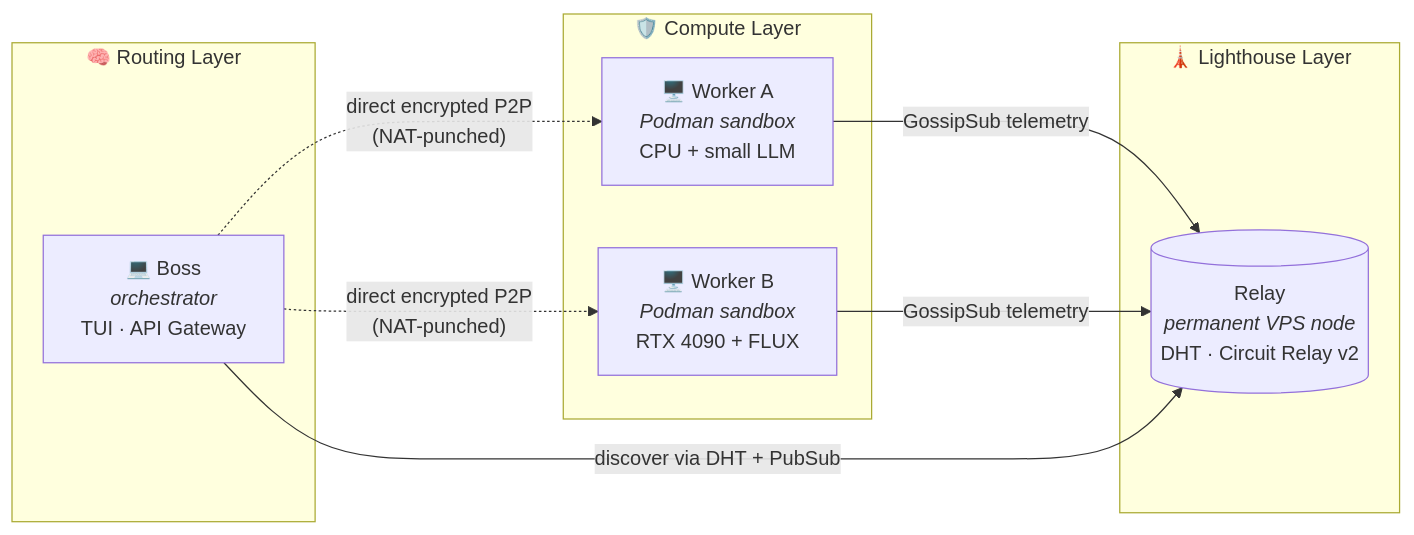
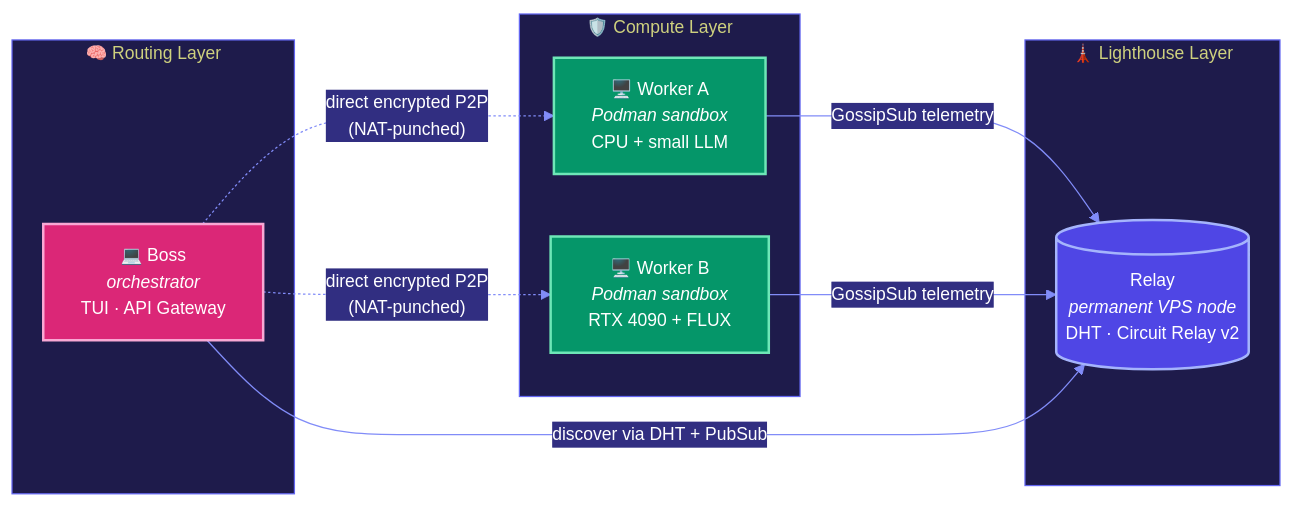
Before and after one commit to Agent-FM/agentfm-core: the diagram in README.md, drawn with Mermaid.

Commit message:
updated readme to fix for dark mode

````diff
--- a/README.md
+++ b/README.md
@@ -88,21 +88,41 @@
 ```mermaid
+%%{init: {'theme':'base', 'themeVariables': {
+  'primaryColor':'#4F46E5',
+  'primaryTextColor':'#FFFFFF',
+  'primaryBorderColor':'#A5B4FC',
+  'lineColor':'#818CF8',
+  'secondaryColor':'#6366F1',
+  'tertiaryColor':'#312E81',
+  'clusterBkg':'#1E1B4B',
+  'clusterBorder':'#6366F1',
+  'edgeLabelBackground':'#312E81',
+  'fontFamily':'ui-sans-serif, system-ui, sans-serif',
+  'fontSize':'14px'
+}}}%%
 flowchart LR
-    subgraph "🗼 Lighthouse Layer"
+    subgraph LIGHT["🗼 Lighthouse Layer"]
         R[("Relay<br/><i>permanent VPS node</i><br/>DHT · Circuit Relay v2")]
     end
 
-    subgraph "🧠 Routing Layer"
+    subgraph ROUTE["🧠 Routing Layer"]
         B["💻 Boss<br/><i>orchestrator</i><br/>TUI · API Gateway"]
     end
 
-    subgraph "🛡️ Compute Layer"
+    subgraph COMPUTE["🛡️ Compute Layer"]
         W1["🖥️ Worker A<br/><i>Podman sandbox</i><br/>CPU + small LLM"]
         W2["🖥️ Worker B<br/><i>Podman sandbox</i><br/>RTX 4090 + FLUX"]
     end
 
     W1 -- GossipSub telemetry --> R
     W2 -- GossipSub telemetry --> R
     B -- discover via DHT + PubSub --> R
     B -.->|"direct encrypted P2P<br/>(NAT-punched)"| W1
     B -.->|"direct encrypted P2P<br/>(NAT-punched)"| W2
+
+    classDef relay    fill:#4F46E5,stroke:#A5B4FC,stroke-width:2px,color:#FFFFFF
+    classDef boss     fill:#DB2777,stroke:#F9A8D4,stroke-width:2px,color:#FFFFFF
+    classDef worker   fill:#059669,stroke:#6EE7B7,stroke-width:2px,color:#FFFFFF
+    class R relay
+    class B boss
+    class W1,W2 worker
 ```
````
